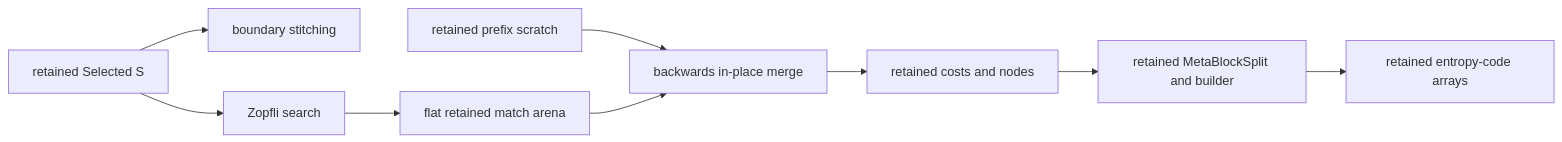
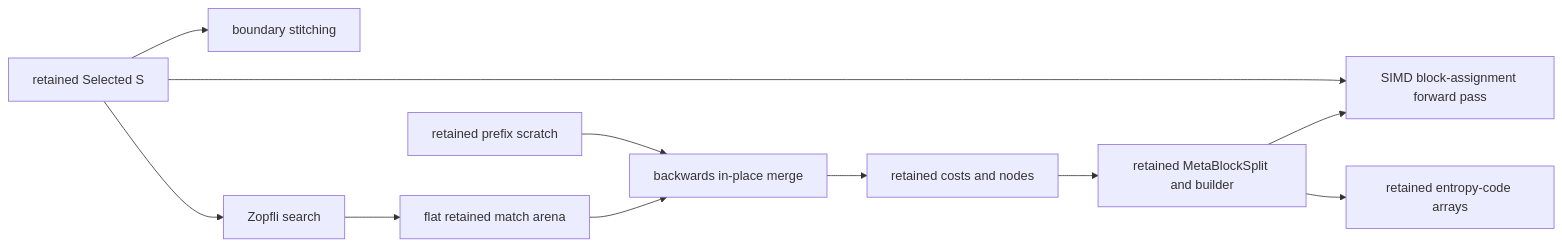
Before and after one commit to Mnwa/mbrotli: the sixth of 8 diagrams in architecture/hq-encoder.md, drawn with Mermaid. The commit also changed other lines of this file and 135 other files, not shown here.

````diff
--- a/architecture/hq-encoder.md
+++ b/architecture/hq-encoder.md
@@ -340,11 +341,13 @@
 ```mermaid
 graph LR
     selected[retained Selected S] --> stitch[boundary stitching]
     selected --> search[Zopfli search]
+    selected --> assignment[SIMD block-assignment forward pass]
     search --> arena[flat retained match arena]
     prefix[retained prefix scratch] --> merge[backwards in-place merge]
     arena --> merge
     merge --> costs[retained costs and nodes]
     costs --> mb[retained MetaBlockSplit and builder]
+    mb --> assignment
     mb --> writer[retained entropy-code arrays]
 ```
````
